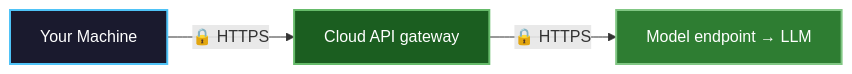
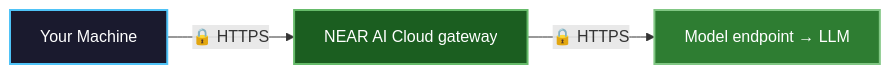
One commit to nearai/docs changed the first of 2 diagrams in cloud/private-inference.mdx. Above: the diagram before and after it, drawn with Mermaid. The commit also changed other lines of this file and 19 other files, not shown here.

Commit message:
docs: name the NEAR AI Cloud gateway

````diff
--- a/cloud/private-inference.mdx
+++ b/cloud/private-inference.mdx
@@ -61,8 +61,8 @@
 ```mermaid
 flowchart LR
-    A["Your Machine"] -->|"🔒 HTTPS"| B["Cloud API gateway"] -->|"🔒 HTTPS"| C["Model endpoint → LLM"]
+    A["Your Machine"] -->|"🔒 HTTPS"| B["NEAR AI Cloud gateway"] -->|"🔒 HTTPS"| C["Model endpoint → LLM"]
 
     style A fill:#1a1a2e,stroke:#4fc3f7,stroke-width:2px,color:#fff
     style B fill:#1b5e20,stroke:#66bb6a,stroke-width:2px,color:#fff
     style C fill:#2e7d32,stroke:#81c784,stroke-width:2px,color:#fff
 ```
````
